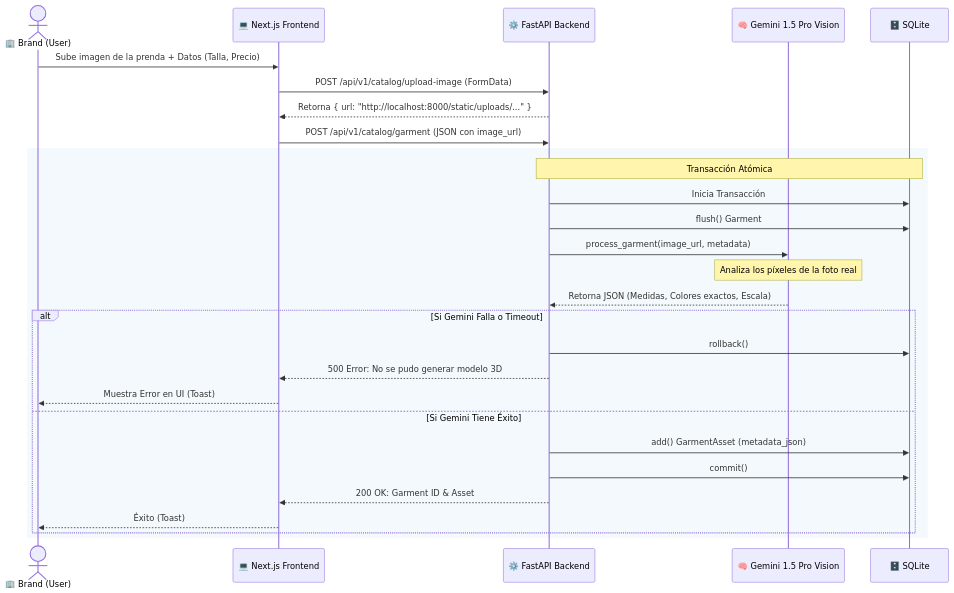
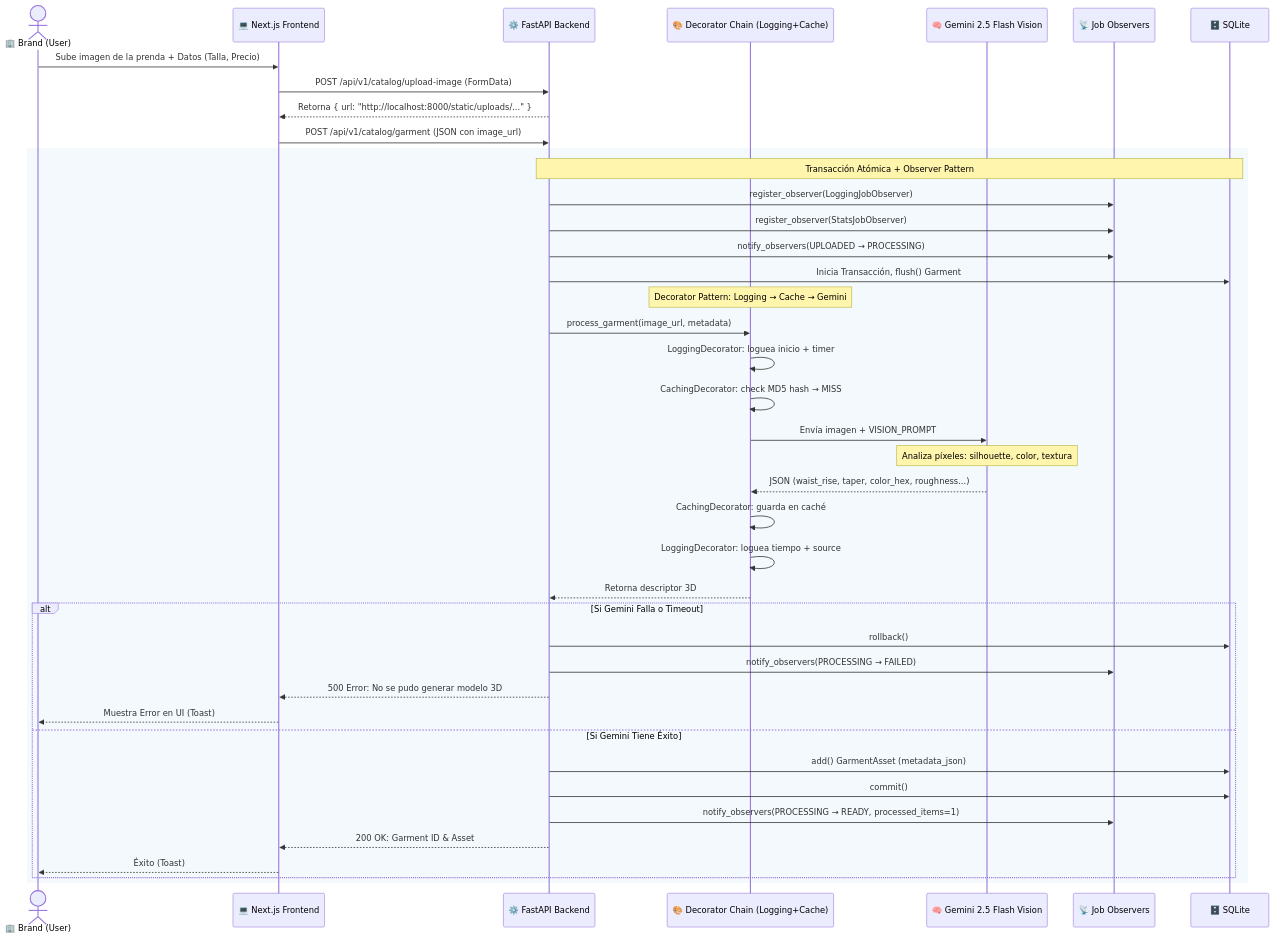
The first of 4 diagrams in docs/diagrama_secuencia.md (tominadal/TryOn_progra2), drawn with Mermaid before and after one commit. The commit also changed other lines of this file and 7 other files, not shown here.

First line of the commit message:
feat: implement Decorator+Observer patterns, expand docs and add presentation slides

````diff
--- a/docs/diagrama_secuencia.md
+++ b/docs/diagrama_secuencia.md
@@ -9,35 +9,48 @@
 ```mermaid
 sequenceDiagram
     actor Brand as 🏢 Brand (User)
     participant NextJS as 💻 Next.js Frontend
     participant FastApi as ⚙️ FastAPI Backend
-    participant Gemini as 🧠 Gemini 1.5 Pro Vision
+    participant Decorator as 🎨 Decorator Chain (Logging+Cache)
+    participant Gemini as 🧠 Gemini 2.5 Flash Vision
+    participant Observer as 📡 Job Observers
     participant DB as 🗄️ SQLite
 
     Brand->>NextJS: Sube imagen de la prenda + Datos (Talla, Precio)
     NextJS->>FastApi: POST /api/v1/catalog/upload-image (FormData)
     FastApi-->>NextJS: Retorna { url: "http://localhost:8000/static/uploads/..." }
     
     NextJS->>FastApi: POST /api/v1/catalog/garment (JSON con image_url)
     
     rect rgba(173, 216, 230, 0.15)
-        Note over FastApi,DB: Transacción Atómica
-        FastApi->>DB: Inicia Transacción
-        FastApi->>DB: flush() Garment
+        Note over FastApi,DB: Transacción Atómica + Observer Pattern
+        FastApi->>Observer: register_observer(LoggingJobObserver)
+        FastApi->>Observer: register_observer(StatsJobObserver)
+        FastApi->>Observer: notify_observers(UPLOADED → PROCESSING)
+        FastApi->>DB: Inicia Transacción, flush() Garment
         
-        FastApi->>Gemini: process_garment(image_url, metadata)
-        Note over Gemini: Analiza los píxeles de la foto real
-        Gemini-->>FastApi: Retorna JSON (Medidas, Colores exactos, Escala)
+        Note over Decorator: Decorator Pattern: Logging → Cache → Gemini
+        FastApi->>Decorator: process_garment(image_url, metadata)
+        Decorator->>Decorator: LoggingDecorator: loguea inicio + timer
+        Decorator->>Decorator: CachingDecorator: check MD5 hash → MISS
+        Decorator->>Gemini: Envía imagen + VISION_PROMPT
+        Note over Gemini: Analiza píxeles: silhouette, color, textura
+        Gemini-->>Decorator: JSON (waist_rise, taper, color_hex, roughness...)
+        Decorator->>Decorator: CachingDecorator: guarda en caché
+        Decorator->>Decorator: LoggingDecorator: loguea tiempo + source
+        Decorator-->>FastApi: Retorna descriptor 3D
         
         alt Si Gemini Falla o Timeout
             FastApi->>DB: rollback()
+            FastApi->>Observer: notify_observers(PROCESSING → FAILED)
             FastApi-->>NextJS: 500 Error: No se pudo generar modelo 3D
             NextJS-->>Brand: Muestra Error en UI (Toast)
         else Si Gemini Tiene Éxito
             FastApi->>DB: add() GarmentAsset (metadata_json)
             FastApi->>DB: commit()
+            FastApi->>Observer: notify_observers(PROCESSING → READY, processed_items=1)
             FastApi-->>NextJS: 200 OK: Garment ID & Asset
             NextJS-->>Brand: Éxito (Toast)
         end
     end
 ```
````
